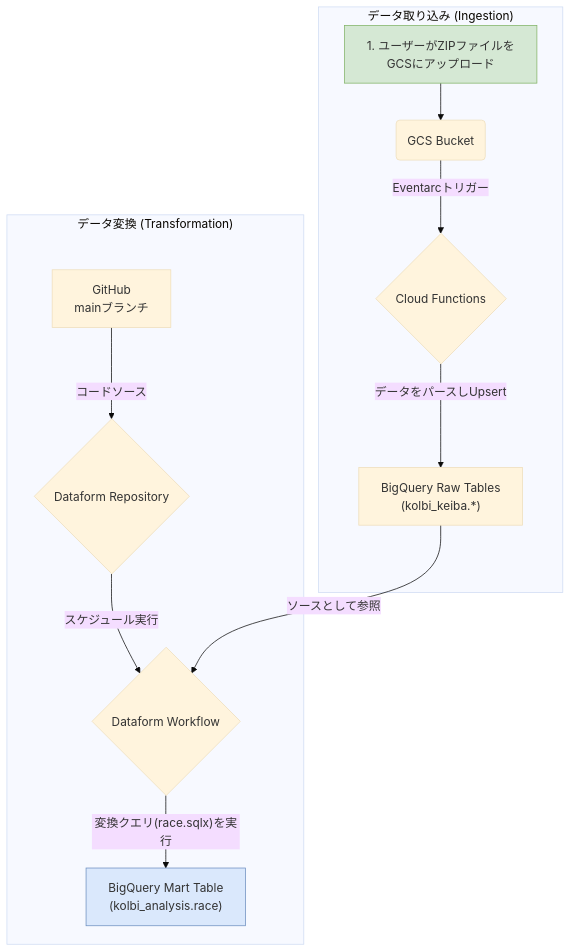
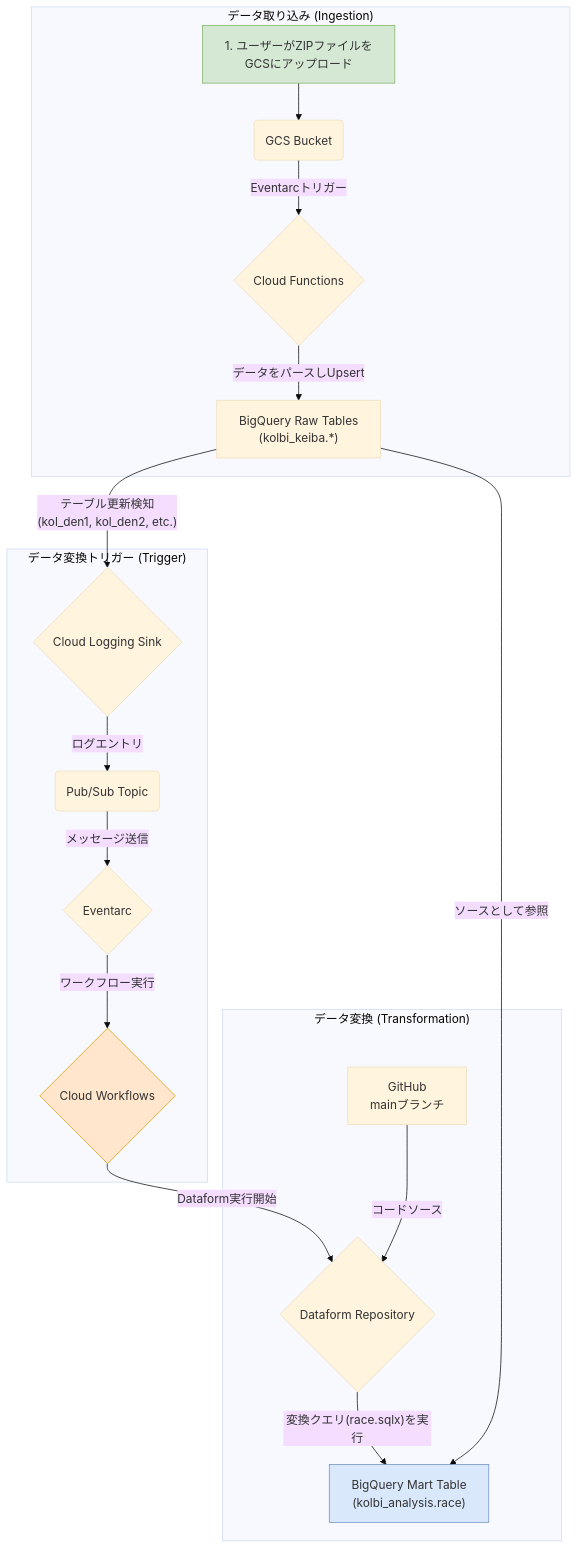
Before and after one commit to ENDoDo/kol-gcp-dataform: the diagram in README.md, drawn with Mermaid (base theme). The commit also changed other lines of this file and 4 other files, not shown here.

````diff
--- a/README.md
+++ b/README.md
@@ -17,18 +17,26 @@
 ```mermaid
 graph TD
     subgraph "データ取り込み (Ingestion)"
         A[1. ユーザーがZIPファイルをGCSにアップロード] --> B(GCS Bucket);
         B -- Eventarcトリガー --> C{Cloud Functions};
         C -- データをパースしUpsert --> D["BigQuery Raw Tables<br>(kolbi_keiba.*)"];
     end
 
+    subgraph "データ変換トリガー (Trigger)"
+        D -- "テーブル更新検知<br>(kol_den1, kol_den2, etc.)" --> L{Cloud Logging Sink};
+        L -- "ログエントリ" --> P(Pub/Sub Topic);
+        P -- "メッセージ送信" --> E{Eventarc};
+        E -- "ワークフロー実行" --> W{Cloud Workflows};
+    end
+
     subgraph "データ変換 (Transformation)"
-        Git[GitHub<br>mainブランチ] -- コードソース --> E{Dataform Repository};
-        E -- スケジュール実行 --> F{Dataform Workflow};
-        F -- 変換クエリ(race.sqlx)を実行 --> G["BigQuery Mart Table<br>(kolbi_analysis.race)"];
-        D -- ソースとして参照 --> F;
+        Git[GitHub<br>mainブランチ] -- コードソース --> R{Dataform Repository};
+        W -- "Dataform実行開始" --> R;
+        R -- "変換クエリ(race.sqlx)を実行" --> G["BigQuery Mart Table<br>(kolbi_analysis.race)"];
+        D -- ソースとして参照 --> G;
     end
 
     style A fill:#D5E8D4,stroke:#82B366
     style G fill:#DAE8FC,stroke:#6C8EBF
+    style W fill:#FFE6CC,stroke:#D79B00
 ```
````
